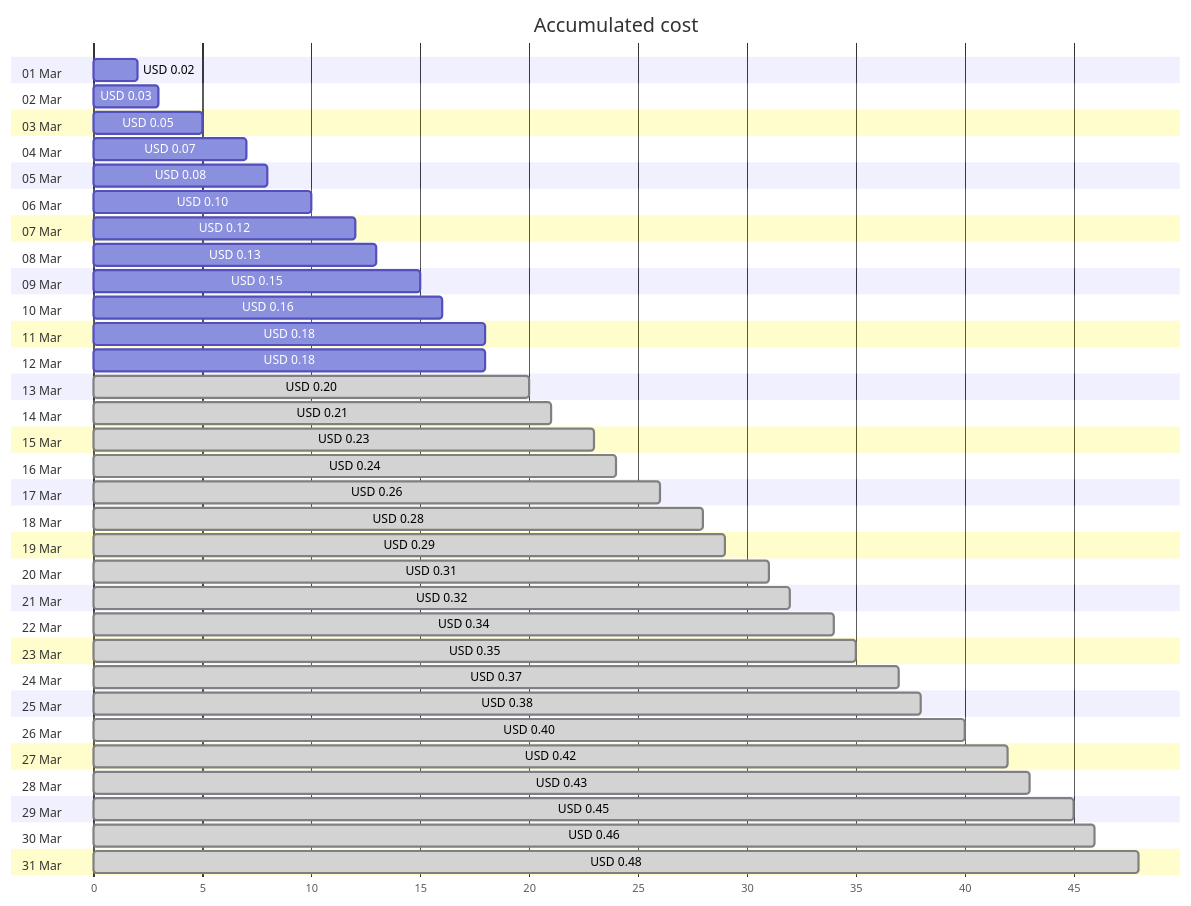
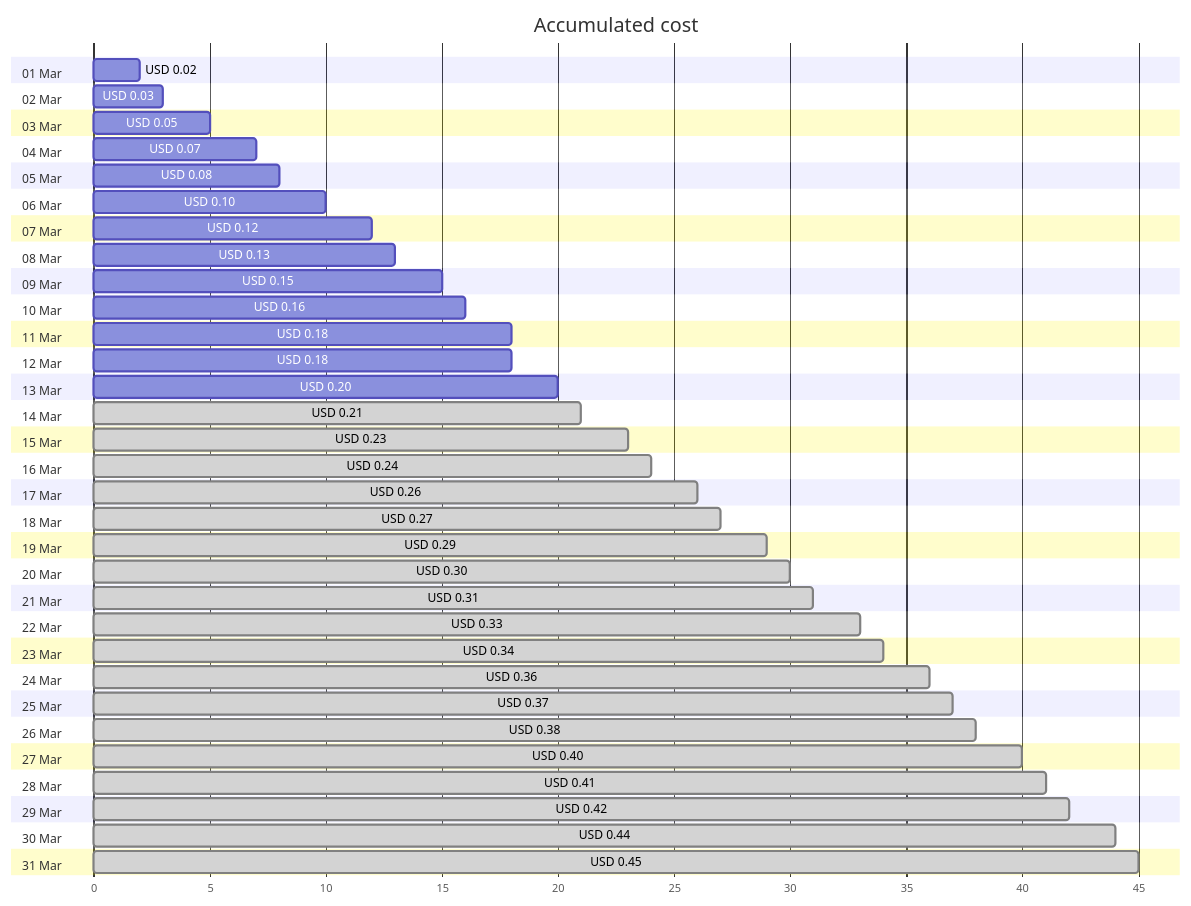
Before and after one commit to jpfulton/azure-personal-reports: the first of 4 diagrams in cost-reports/personal-dns/jpatrickfulton.com.md, drawn with Mermaid. The commit also changed other lines of this file and 2 other files, not shown here.

````diff
--- a/cost-reports/personal-dns/jpatrickfulton.com.md
+++ b/cost-reports/personal-dns/jpatrickfulton.com.md
@@ -20,68 +20,68 @@
 ```mermaid
 gantt
    title Accumulated cost
    dateFormat  X
    axisFormat %s
    section 01 Mar
    USD 0.02 :0, 2
    section 02 Mar
    USD 0.03 :0, 3
    section 03 Mar
    USD 0.05 :0, 5
    section 04 Mar
    USD 0.07 :0, 7
    section 05 Mar
    USD 0.08 :0, 8
    section 06 Mar
    USD 0.10 :0, 10
    section 07 Mar
    USD 0.12 :0, 12
    section 08 Mar
    USD 0.13 :0, 13
    section 09 Mar
    USD 0.15 :0, 15
    section 10 Mar
    USD 0.16 :0, 16
    section 11 Mar
    USD 0.18 :0, 18
    section 12 Mar
    USD 0.18 :0, 18
    section 13 Mar
-   USD 0.20 : done, 0, 20
+   USD 0.20 :0, 20
    section 14 Mar
    USD 0.21 : done, 0, 21
    section 15 Mar
    USD 0.23 : done, 0, 23
    section 16 Mar
    USD 0.24 : done, 0, 24
    section 17 Mar
    USD 0.26 : done, 0, 26
    section 18 Mar
-   USD 0.28 : done, 0, 28
+   USD 0.27 : done, 0, 27
    section 19 Mar
    USD 0.29 : done, 0, 29
    section 20 Mar
+   USD 0.30 : done, 0, 30
+   section 21 Mar
    USD 0.31 : done, 0, 31
-   section 21 Mar
-   USD 0.32 : done, 0, 32
    section 22 Mar
+   USD 0.33 : done, 0, 33
+   section 23 Mar
    USD 0.34 : done, 0, 34
-   section 23 Mar
-   USD 0.35 : done, 0, 35
    section 24 Mar
+   USD 0.36 : done, 0, 36
+   section 25 Mar
    USD 0.37 : done, 0, 37
-   section 25 Mar
+   section 26 Mar
    USD 0.38 : done, 0, 38
-   section 26 Mar
+   section 27 Mar
    USD 0.40 : done, 0, 40
-   section 27 Mar
+   section 28 Mar
+   USD 0.41 : done, 0, 41
+   section 29 Mar
    USD 0.42 : done, 0, 42
-   section 28 Mar
-   USD 0.43 : done, 0, 43
-   section 29 Mar
+   section 30 Mar
+   USD 0.44 : done, 0, 44
+   section 31 Mar
    USD 0.45 : done, 0, 45
-   section 30 Mar
-   USD 0.46 : done, 0, 46
-   section 31 Mar
-   USD 0.48 : done, 0, 48
 ```
````
